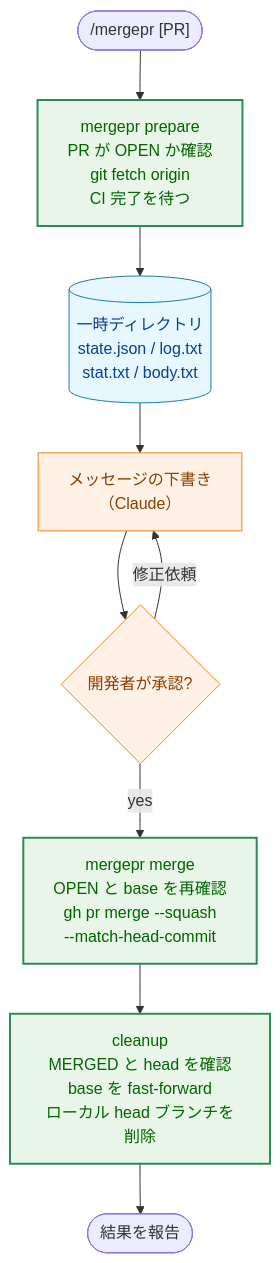
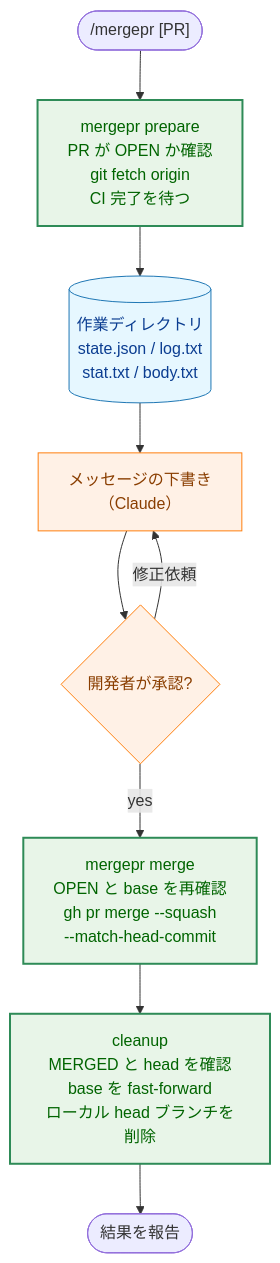
Before and after one commit to isseis/yt2column: the diagram in docs/dev/developer_guide/mergepr_guide.ja.md, drawn with Mermaid. The commit also changed other lines of this file and 8 other files, not shown here.

````diff
--- a/docs/dev/developer_guide/mergepr_guide.ja.md
+++ b/docs/dev/developer_guide/mergepr_guide.ja.md
@@ -52,19 +52,19 @@
 ```mermaid
 flowchart TD
     classDef data fill:#e6f7ff,stroke:#1f77b4,stroke-width:1px,color:#0b3d91;
     classDef process fill:#fff1e6,stroke:#ff7f0e,stroke-width:1px,color:#8a3e00;
     classDef enhanced fill:#e8f5e8,stroke:#2e8b57,stroke-width:2px,color:#006400;
 
     Start(["/mergepr [PR]"]) --> Prepare["mergepr prepare<br>PR が OPEN か確認<br>git fetch origin<br>CI 完了を待つ"]
-    Prepare --> Files[("一時ディレクトリ<br>state.json / log.txt<br>stat.txt / body.txt")]
+    Prepare --> Files[("作業ディレクトリ<br>state.json / log.txt<br>stat.txt / body.txt")]
     Files --> Draft["メッセージの下書き<br>（Claude）"]
     Draft --> Approve{"開発者が承認?"}
     Approve -->|"修正依頼"| Draft
     Approve -->|"yes"| Merge["mergepr merge<br>OPEN と base を再確認<br>gh pr merge --squash<br>--match-head-commit"]
     Merge --> Cleanup["cleanup<br>MERGED と head を確認<br>base を fast-forward<br>ローカル head ブランチを削除"]
     Cleanup --> End(["結果を報告"])
 
     class Files data
     class Draft,Approve process
     class Prepare,Merge,Cleanup enhanced
 ```
````
